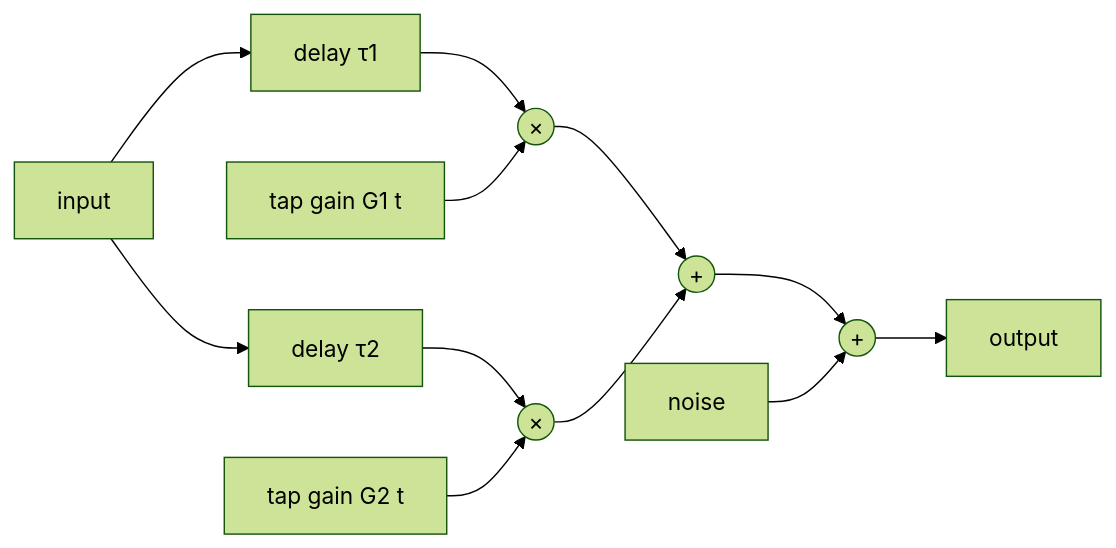
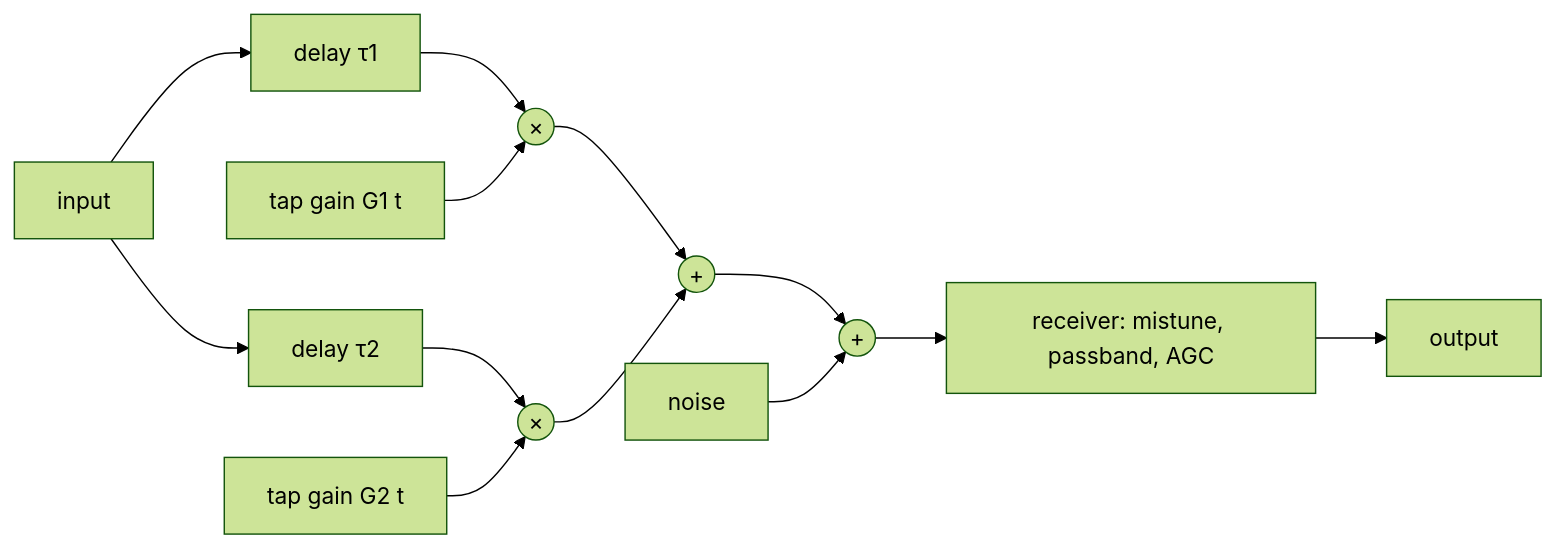
The diagram in README.md (jeskko/ionochannel), drawn with Mermaid (forest theme) before and after one commit. The commit also changed other lines of this file and 8 other files, not shown here.

First line of the commit message:
Receiver: mistuning, passband filter and AGC (Rust, Python, CLI)

````diff
--- a/README.md
+++ b/README.md
@@ -19,9 +21,9 @@
 ```mermaid
 flowchart LR
   x[input] --> d1[delay τ1] --> m1((×)) --> s((+))
   x --> d2[delay τ2] --> m2((×)) --> s
   g1[tap gain G1 t] --> m1
   g2[tap gain G2 t] --> m2
-  s --> n((+)) --> y[output]
+  s --> n((+)) --> r[receiver: mistune, passband, AGC] --> y[output]
   w[noise] --> n
 ```
````
